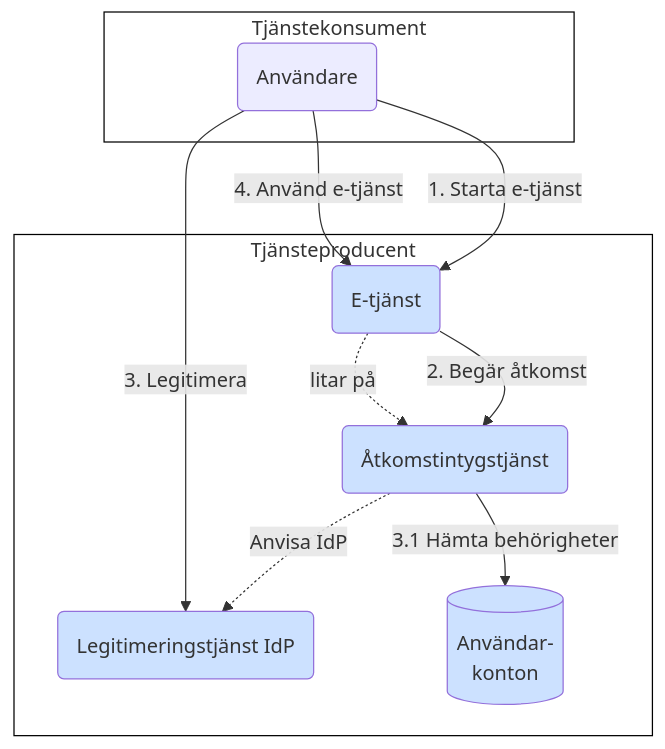
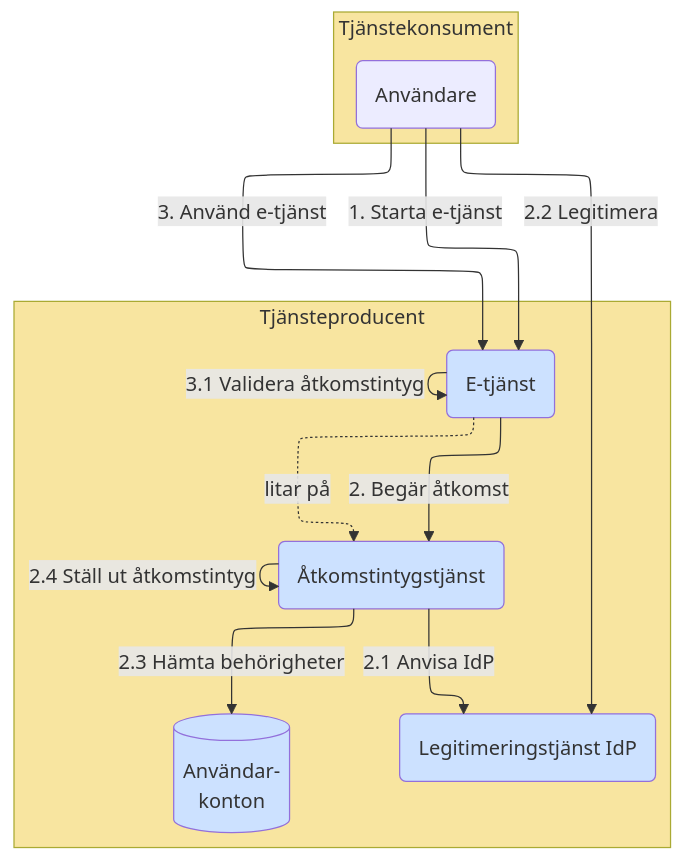
Before and after one commit to diggsweden/ena-authorization: the seventh of 9 diagrams in architecture/drafts/IAM_TargetArchitecture_Sweden.md, drawn with Mermaid. The commit also changed other lines of this file, not shown here.

Commit message:
Testar ny mermaid-rendrerare "elk"

````diff
--- a/architecture/drafts/IAM_TargetArchitecture_Sweden.md
+++ b/architecture/drafts/IAM_TargetArchitecture_Sweden.md
@@ -271,29 +284,32 @@
 ```mermaid
+%%{init: {"flowchart": {"defaultRenderer": "elk"}} }%%
 graph 
 classDef org fill:#F8E5A0
 classDef comp fill:#CCE1FF
 classDef box fill:#ffffff,stroke:#000000
 
 subgraph po[Tjänsteproducent]
     p(E-tjänst):::comp
     idp(Legitimeringstjänst IdP):::comp
     as(Åtkomstintygstjänst):::comp
     udb[(Användar-<br>konton)]:::comp
 end
-po:::box
+po:::org
 
 subgraph co[Tjänstekonsument]
     u(Användare)
 end
-co:::box
+co:::org
 
 idp ~~~ p
 
 u--<p>1. Starta e-tjänst-->p
-as-.Anvisa IdP.->idp
 p--<p>2. Begär åtkomst-->as
-u--<p>3. Legitimera-->idp
-as--<p>3.1 Hämta behörigheter-->udb
-u--<p>4. Använd e-tjänst-->p
+as--<p>2.1 Anvisa IdP-->idp
+u--<p>2.2 Legitimera-->idp
+as--<p>2.3 Hämta behörigheter-->udb
+as--<p>2.4 Ställ ut åtkomstintyg-->as
+u--<p>3. Använd e-tjänst-->p
+p--<p>3.1 Validera åtkomstintyg-->p
 p-.litar på.->as
 ```
````
